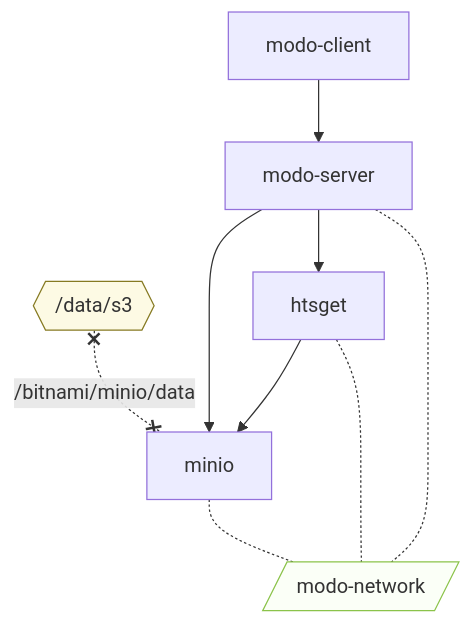
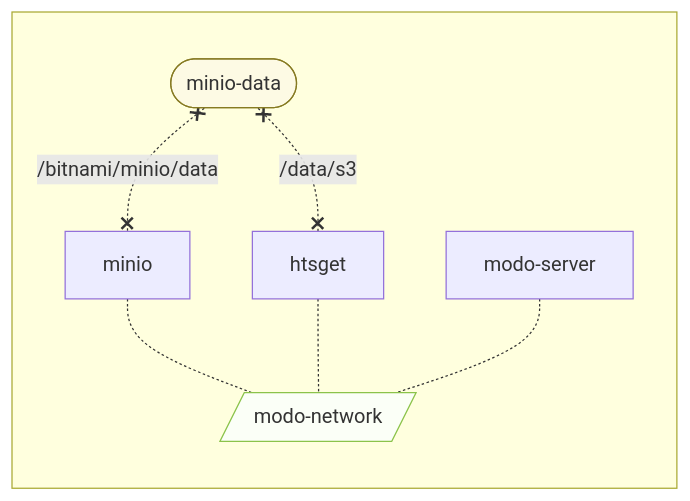
Before and after one commit to sdsc-ordes/smoc-api: the diagram in deploy/README.md, drawn with Mermaid. The commit also changed other lines of this file, not shown here.

Commit message:
docs(compose): mount -> volume for minio

````diff
--- a/deploy/README.md
+++ b/deploy/README.md
@@ -21,19 +21,17 @@
 ```mermaid
 
 %%{init: {'theme': 'default'}}%%
-flowchart TB
-  Vdatas3{{/data/s3}} x-. /bitnami/minio/data .-x minio
-  htsget --> minio
-  modoserver[modo-server] --> minio
-  modoserver --> htsget
+flowchart LR
+subgraph " "
+  Vminiodata([minio-data]) x-. /bitnami/minio/data .-x minio
+  Vminiodata x-. /data/s3 .-x htsget
   minio -.- modonetwork[/modo-network/]
   htsget -.- modonetwork
-  modoserver -.- modonetwork
-  modoclient[modo-client] --> modoserver
+  modoserver[modo-server] -.- modonetwork
 
   classDef volumes fill:#fdfae4,stroke:#867a22
-  class Vdatas3 volumes
+  class Vminiodata,Vminiodata volumes
   classDef nets fill:#fbfff7,stroke:#8bc34a
   class modonetwork nets
-
+end
 ```
````
